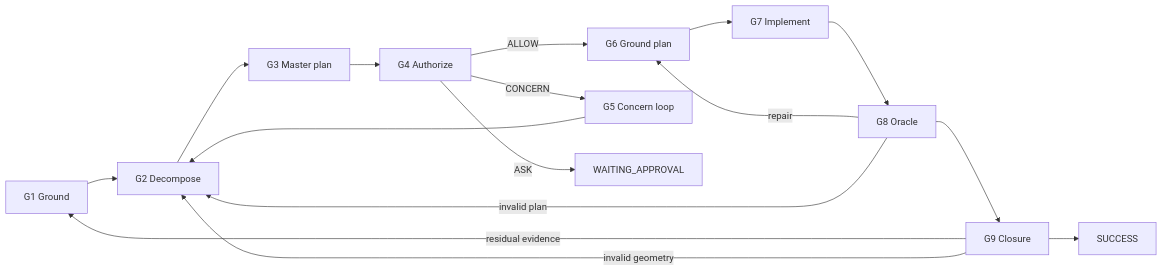
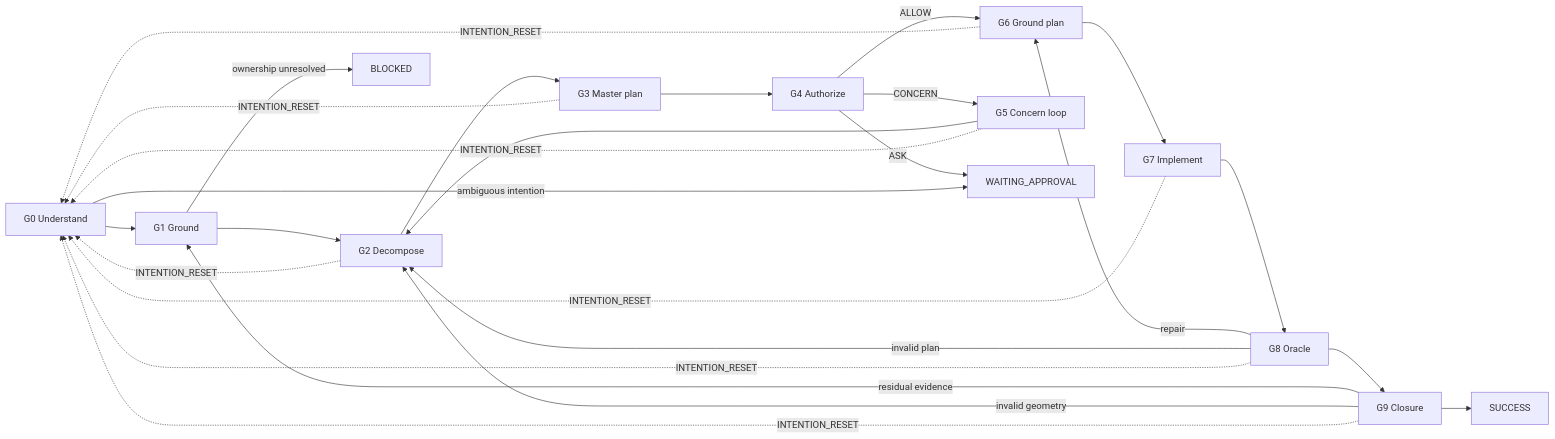
One commit to AlHeloween/opencode changed the diagram in prompt_kernel/README.md. Above: the diagram before and after it, drawn with Mermaid. The commit also changed other lines of this file and 6 other files, not shown here.

````diff
--- a/prompt_kernel/README.md
+++ b/prompt_kernel/README.md
@@ -5,11 +5,14 @@
 ```mermaid
 flowchart LR
-    G1["G1 Ground"] --> G2["G2 Decompose"] --> G3["G3 Master plan"] --> G4["G4 Authorize"]
+    G0["G0 Understand"] --> G1["G1 Ground"] --> G2["G2 Decompose"] --> G3["G3 Master plan"] --> G4["G4 Authorize"]
     G4 -->|ALLOW| G6["G6 Ground plan"] --> G7["G7 Implement"] --> G8["G8 Oracle"] --> G9["G9 Closure"] --> SUCCESS
     G4 -->|CONCERN| G5["G5 Concern loop"] --> G2
     G4 -->|ASK| WAITING_APPROVAL
     G8 -->|repair| G6
     G8 -->|invalid plan| G2
     G9 -->|residual evidence| G1
     G9 -->|invalid geometry| G2
+    G0 -->|ambiguous intention| WAITING_APPROVAL
+    G1 -->|ownership unresolved| BLOCKED
+    G2 & G3 & G5 & G6 & G7 & G8 & G9 -.->|INTENTION_RESET| G0
 ```
````
